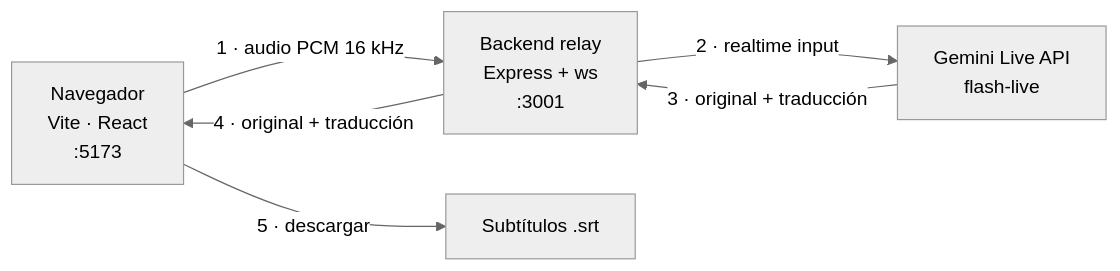
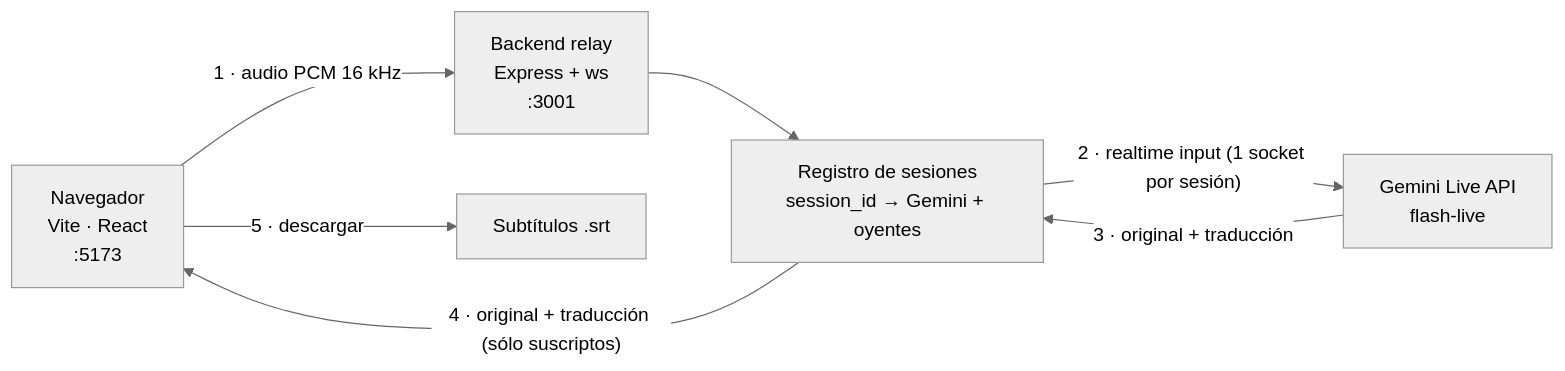
One commit to DylanGomez09/bridge_vibeathon_2026 changed the first of 3 diagrams in README.md. Above: the diagram before and after it, drawn with Mermaid (neutral theme). The commit also changed other lines of this file and 22 other files, not shown here.

````diff
--- a/README.md
+++ b/README.md
@@ -30,13 +31,15 @@
 ```mermaid
 flowchart LR
   NAV["Navegador<br/>Vite · React<br/>:5173"]
   REL["Backend relay<br/>Express + ws<br/>:3001"]
+  REG["Registro de sesiones<br/>session_id → Gemini + oyentes"]
   GEM["Gemini Live API<br/>flash-live"]
   SRT["Subtítulos .srt"]
 
   NAV -->|"1 · audio PCM 16 kHz"| REL
-  REL -->|"2 · realtime input"| GEM
-  GEM -->|"3 · original + traducción"| REL
-  REL -->|"4 · original + traducción"| NAV
+  REL --> REG
+  REG -->|"2 · realtime input (1 socket por sesión)"| GEM
+  GEM -->|"3 · original + traducción"| REG
+  REG -->|"4 · original + traducción (sólo suscriptos)"| NAV
   NAV -->|"5 · descargar"| SRT
 ```
````
